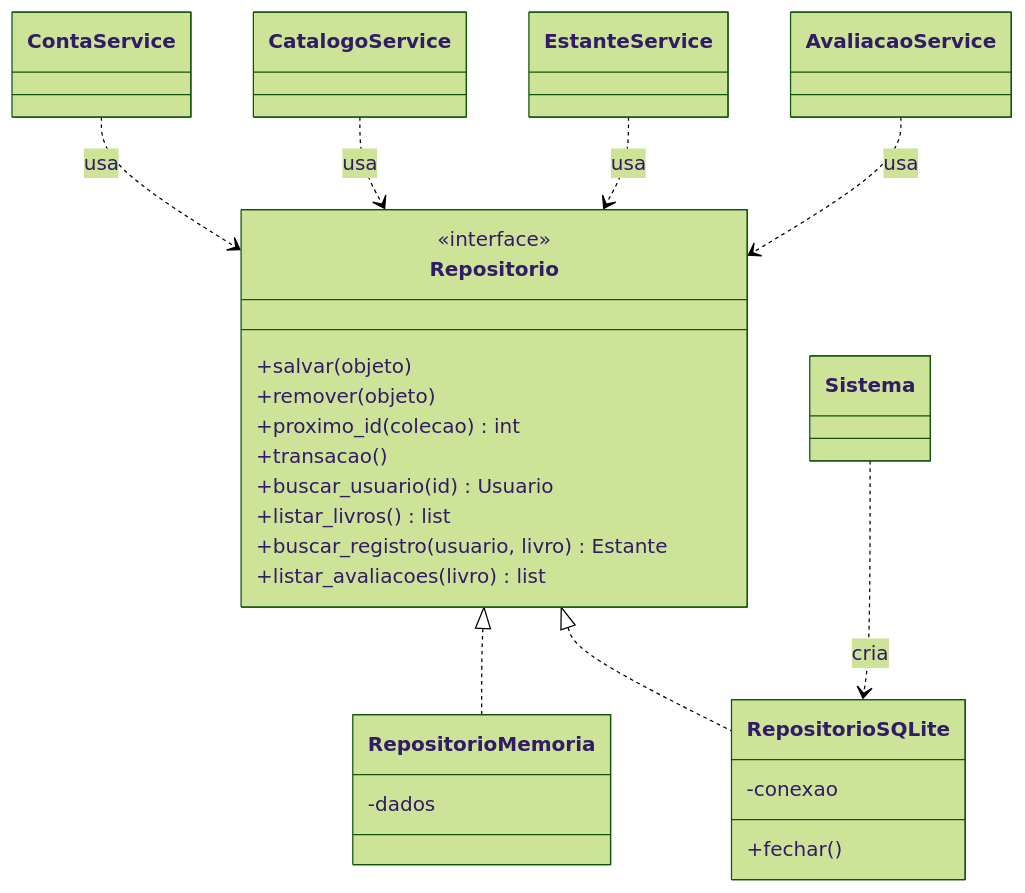
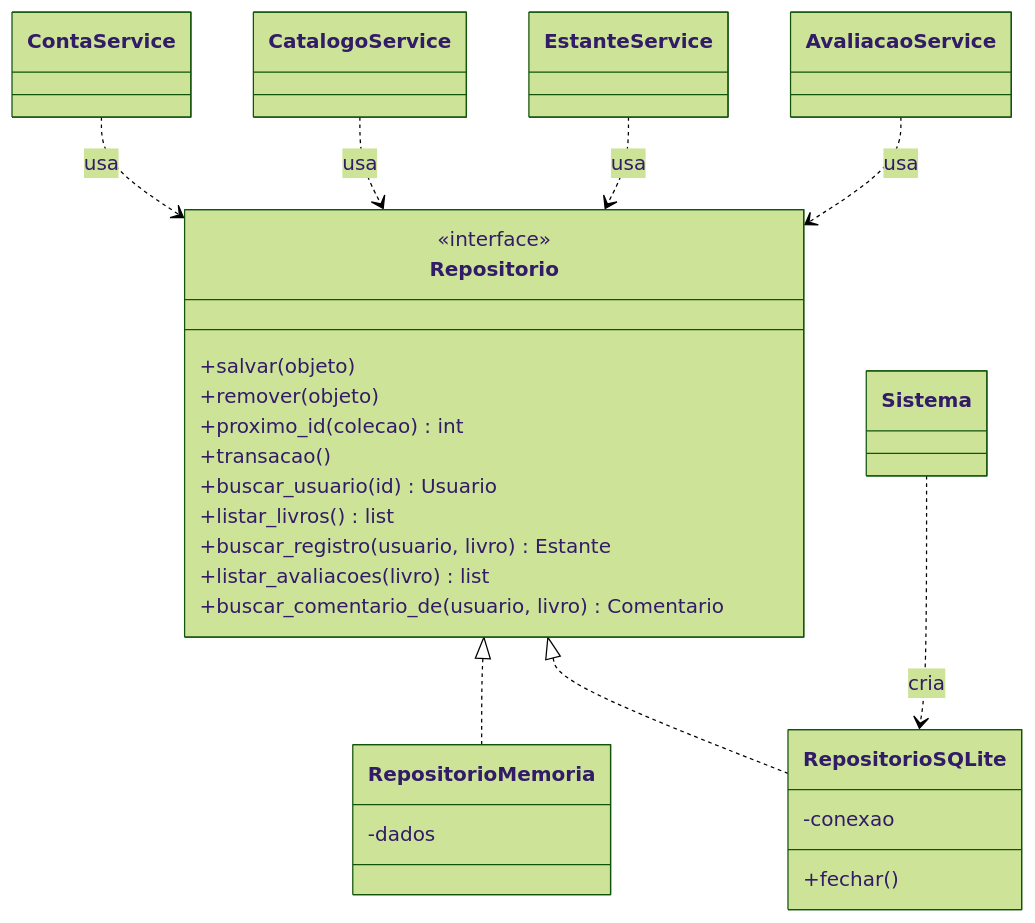
Before and after one commit to BiaTrixie/sistema-biblioteca-poo: the third of 4 diagrams in docs/uml/diagrama_de_classes.md, drawn with Mermaid (forest theme). The commit also changed other lines of this file and 1 other file, not shown here.

Commit message:
docs: guia e UML com as novas regras, perfil e migração

````diff
--- a/docs/uml/diagrama_de_classes.md
+++ b/docs/uml/diagrama_de_classes.md
@@ -120,35 +123,36 @@
 ```mermaid
 classDiagram
     direction TB
     class Repositorio {
         <<interface>>
         +salvar(objeto)
         +remover(objeto)
         +proximo_id(colecao) int
         +transacao()
         +buscar_usuario(id) Usuario
         +listar_livros() list
         +buscar_registro(usuario, livro) Estante
         +listar_avaliacoes(livro) list
+        +buscar_comentario_de(usuario, livro) Comentario
     }
     class RepositorioMemoria {
         -dados
     }
     class RepositorioSQLite {
         -conexao
         +fechar()
     }
     class ContaService
     class CatalogoService
     class EstanteService
     class AvaliacaoService
     class Sistema
 
     Repositorio <|.. RepositorioMemoria
     Repositorio <|.. RepositorioSQLite
     ContaService ..> Repositorio : usa
     CatalogoService ..> Repositorio : usa
     EstanteService ..> Repositorio : usa
     AvaliacaoService ..> Repositorio : usa
     Sistema ..> RepositorioSQLite : cria
 ```
````
